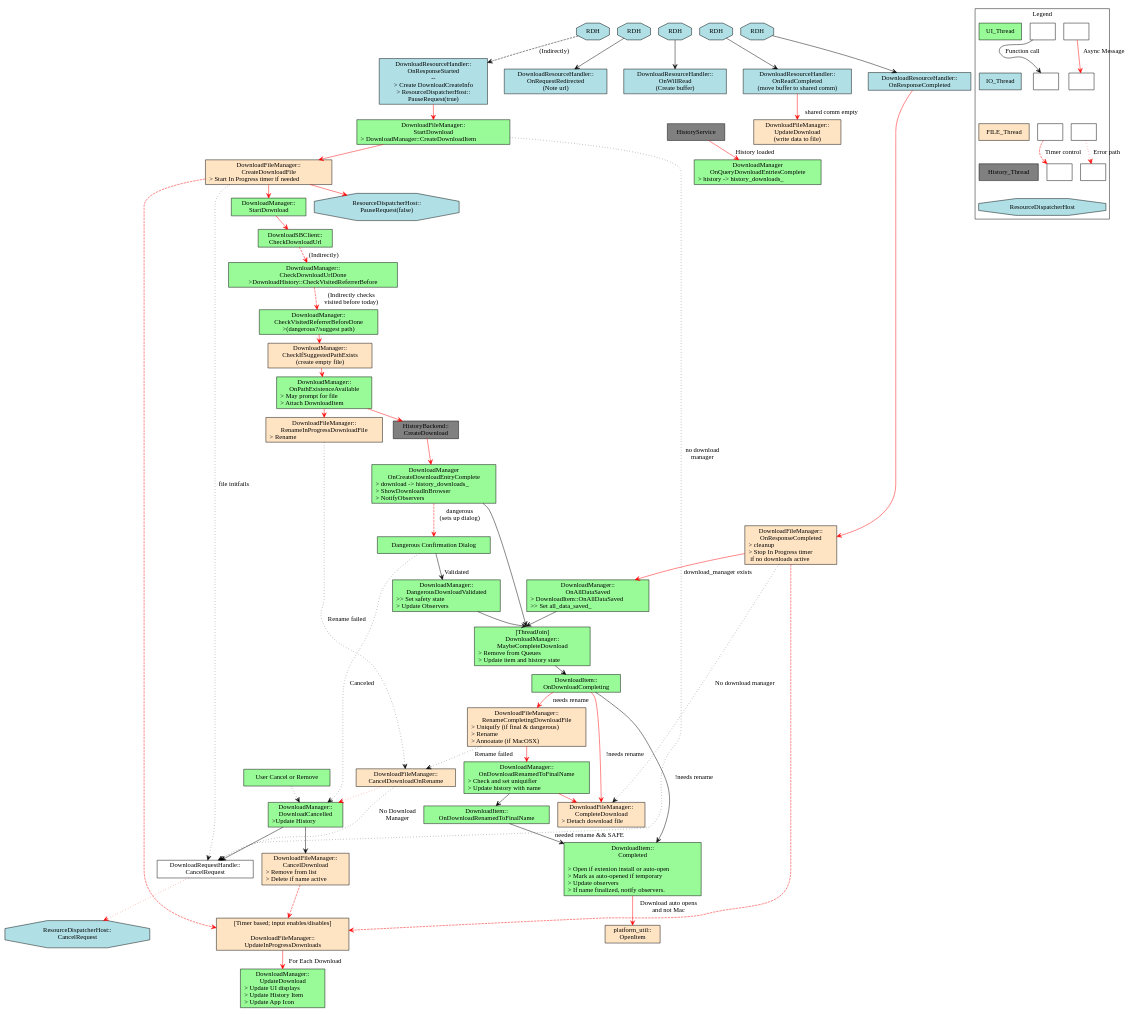
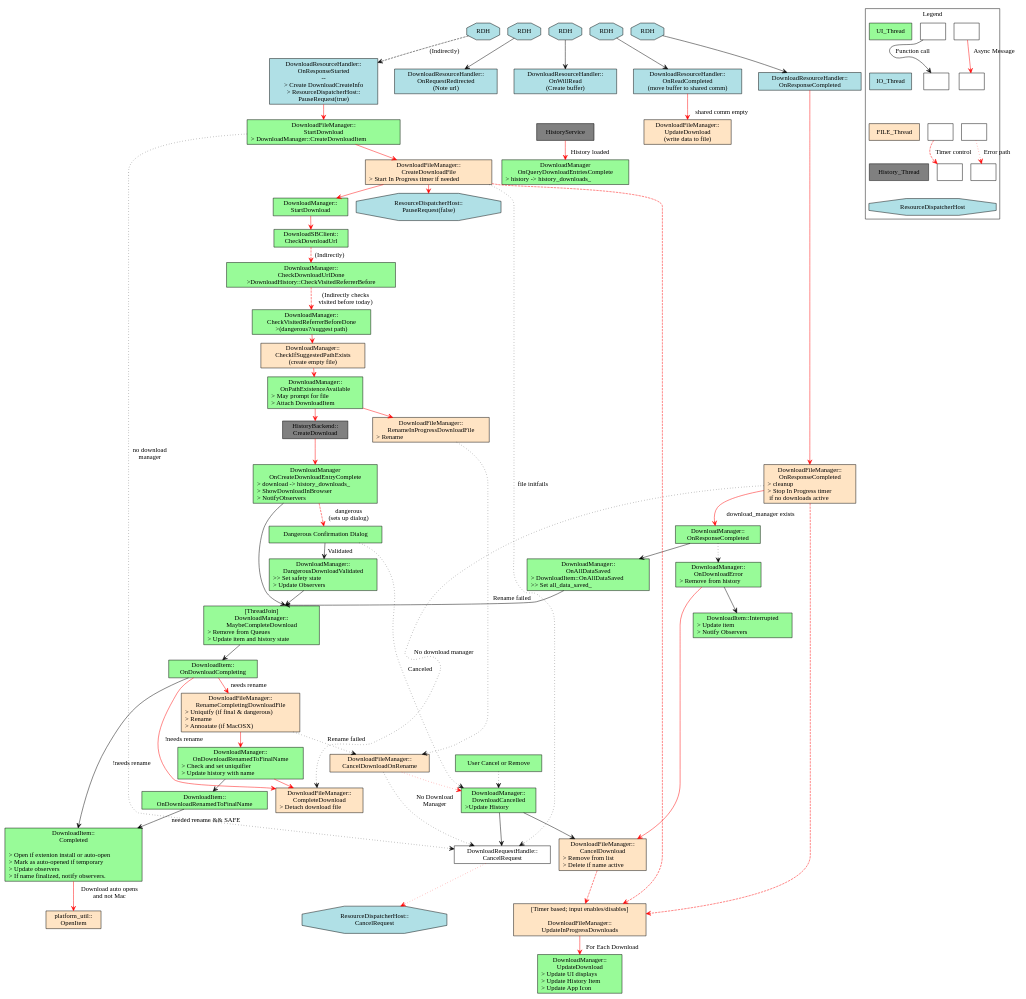
One commit to rdsmith/Chromium-Download-Diagrams changed the diagram in downloads_flow.dot. Above: the diagram before and after it, drawn with Graphviz.

Commit message:
Added Interrupted path.

```diff
--- a/downloads_flow.dot
+++ b/downloads_flow.dot
@@ -60,6 +60,9 @@
   DangerousConfirmationDialog [label="Dangerous Confirmation Dialog"];
   DSBC_CheckDownloadUrl [label="DownloadSBClient::\nCheckDownloadUrl"];
   DM_CheckDownloadUrlDone [label="DownloadManager::\nCheckDownloadUrlDone\n>DownloadHistory::CheckVisitedReferrerBefore"];
+  DM_OnResponseCompleted [label="DownloadManager::\nOnResponseCompleted"];
+  DM_OnDownloadError [label="DownloadManager::\nOnDownloadError\n> Remove from history\l"];
+  DI_Interrupted [label="DownloadItem::Interrupted\n> Update item\l> Notify Observers\l"];
 
   DM_CheckVisitedReferrerBeforeDone [label="DownloadManager::\nCheckVisitedReferrerBeforeDone\n>(dangerous?/suggest path)"];
 
@@ -114,7 +117,8 @@
 
   // 	Completion path
   DRH_OnResponseCompleted -> DFM_OnResponseCompleted;
-  DFM_OnResponseCompleted -> DM_OnAllDataSaved [label="download_manager exists"];
+  DFM_OnResponseCompleted -> DM_OnResponseCompleted [label="download_manager exists"];
+  DM_OnResponseCompleted -> DM_OnAllDataSaved [color=black];
   DM_OnAllDataSaved -> DM_MaybeCompleteDownload [color=black,samehead="join"];
 
 
@@ -154,10 +158,13 @@
   DFM_RenameCompletingDownloadFile -> DFM_CancelDownloadOnRename [color=black,label="Rename failed"];
   DFM_OnResponseCompleted -> DFM_CompleteDownload [color=black,weight=0,label="No download manager"];
   DRH_CancelRequest -> RDH_CancelRequest;
+  DM_OnResponseCompleted -> DM_OnDownloadError [color=black];
 
   edge [style=solid,color=black];
   DM_DownloadCancelled -> DRH_CancelRequest;
   DM_DownloadCancelled -> DFM_CancelDownload;
+  DM_OnDownloadError -> DI_Interrupted;
+  DM_OnDownloadError -> DFM_CancelDownload [color=red];
 
   //	Timer control
   edge [style=dashed,color=red];
```
